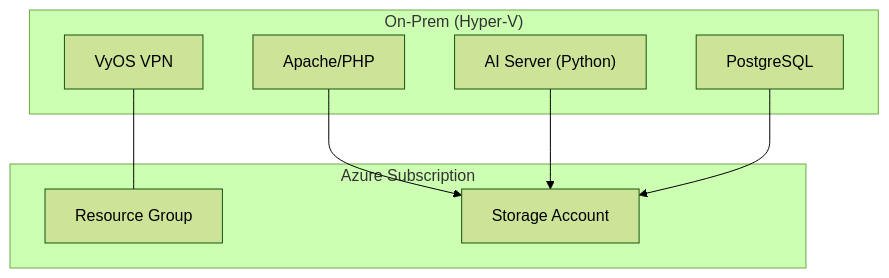
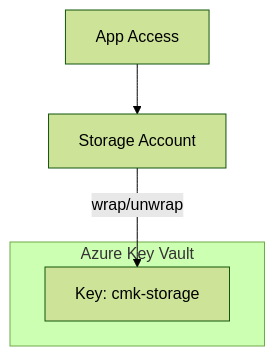
The first of 2 diagrams in Azure_Storage/modules/Module08-Azure_Storage_Encryption_(CMK).md (heisthesisko/azure-se-bootcamp), drawn with Mermaid (forest theme) before and after one commit. The commit also changed other lines of this file and 213 other files, not shown here.

````diff
--- a/Azure_Storage/modules/Module08-Azure_Storage_Encryption_(CMK).md
+++ b/Azure_Storage/modules/Module08-Azure_Storage_Encryption_(CMK).md
@@ -14,17 +12,9 @@
 ```mermaid
 flowchart TB
-  subgraph Azure ["Azure Subscription"]
-    RG["Resource Group"]
-    SA["Storage Account"]
+  subgraph KeyVault["Azure Key Vault"]
+    CMK["Key: cmk-storage"]
   end
-  subgraph OnPrem ["On-Prem (Hyper-V)"]
-    VyOS["VyOS VPN"]
-    Web["Apache/PHP"]
-    DB["PostgreSQL"]
-    AI["AI Server (Python)"]
-  end
-  VyOS --- RG
-  Web --> SA
-  AI --> SA
-  DB --> SA
+  SA["Storage Account"] -->|wrap/unwrap| CMK
+  App["App Access"] --> SA
+
 ```
````
